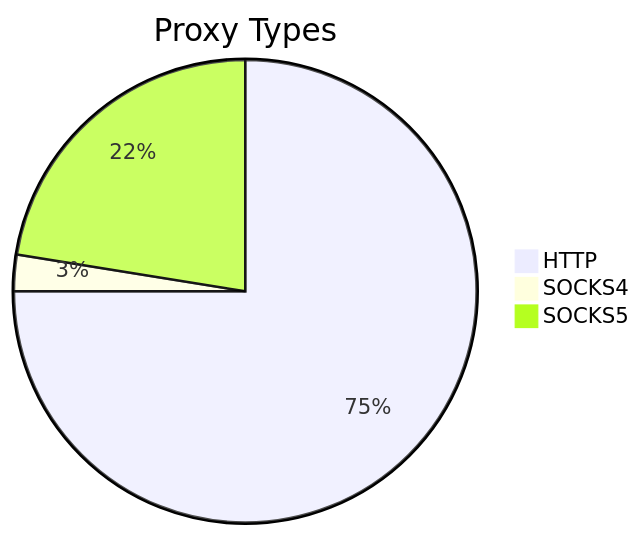
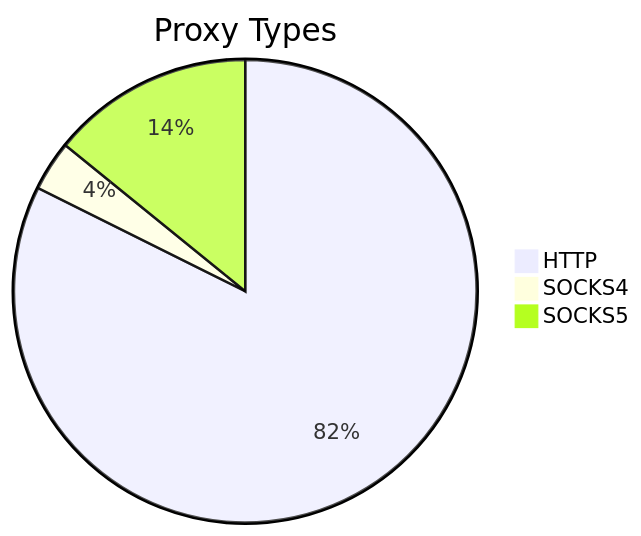
The first of 2 diagrams in README.md (stormsia/proxy-list), drawn with Mermaid before and after one commit. The commit also changed other lines of this file, not shown here.

````diff
--- a/README.md
+++ b/README.md
@@ -21,6 +21,6 @@
 ```mermaid
 pie title Proxy Types
-    "HTTP" : 384
-    "SOCKS4" : 13
-    "SOCKS5" : 115
+    "HTTP" : 658
+    "SOCKS4" : 28
+    "SOCKS5" : 113
 ```
````
